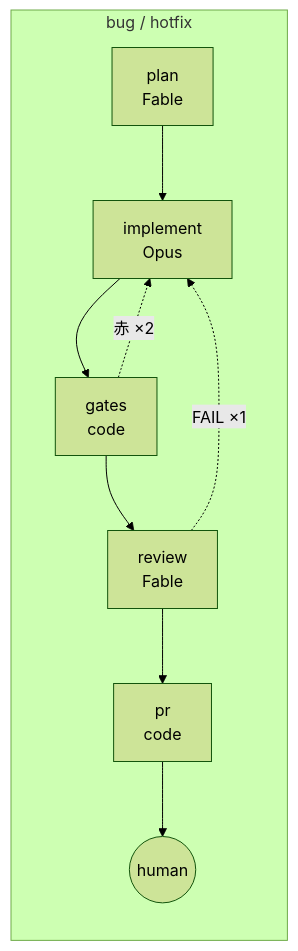
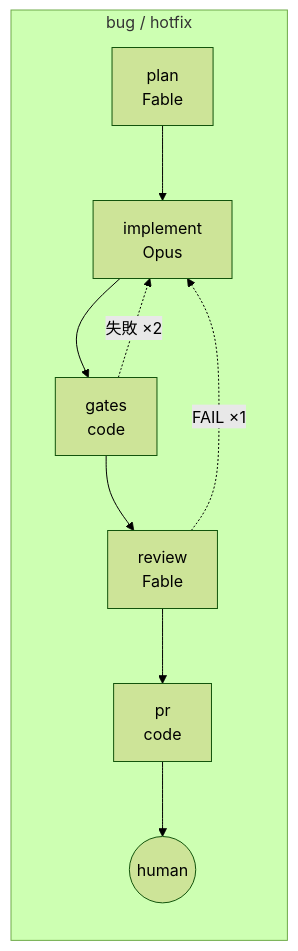
One commit to akkijp-oss/aifactory changed the second of 4 diagrams in website/content/ja/guides/workflows.md. Above: the diagram before and after it, drawn with Mermaid (forest theme). The commit also changed other lines of this file and 40 other files, not shown here.

````diff
--- a/website/content/ja/guides/workflows.md
+++ b/website/content/ja/guides/workflows.md
@@ -27,8 +27,8 @@
 ```mermaid
 flowchart LR
   subgraph bug / hotfix
     pl[plan<br>Fable] --> im[implement<br>Opus] --> ga[gates<br>code] --> re[review<br>Fable] --> pr[pr<br>code] --> hu((human))
-    ga -. 赤 ×2 .-> im
+    ga -. 失敗 ×2 .-> im
     re -. FAIL ×1 .-> im
   end
 ```
````
